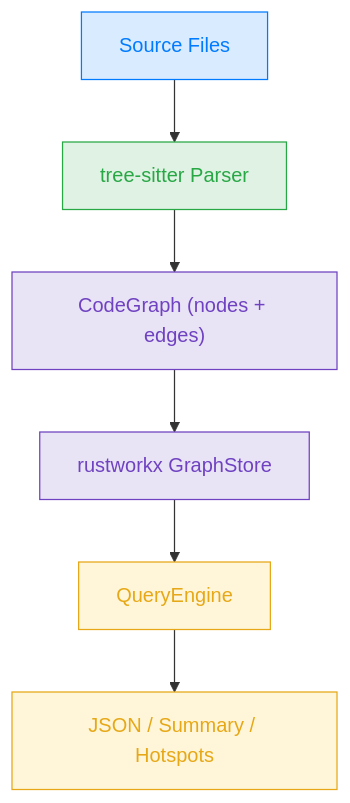
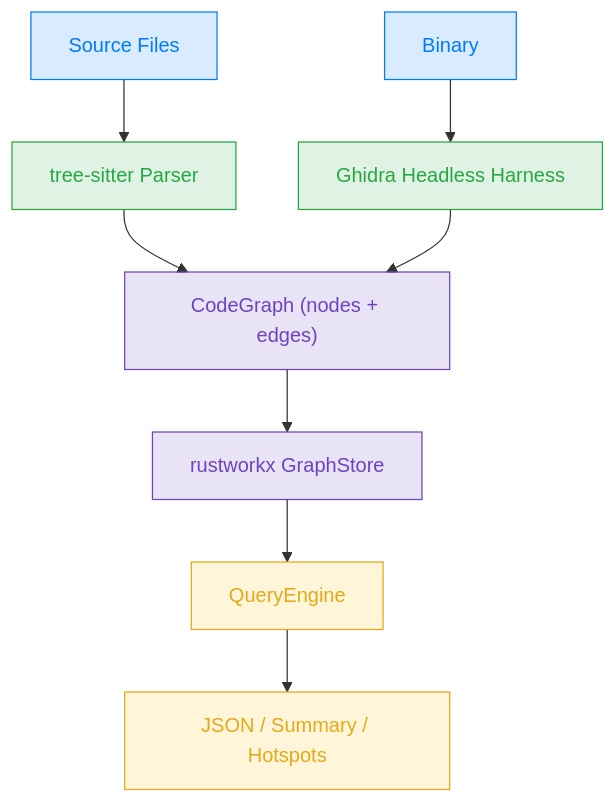
One commit to Finder16/Ghidra-trailmark changed the first of 4 diagrams in README.md. Above: the diagram before and after it, drawn with Mermaid. The commit also changed other lines of this file and 11 other files, not shown here.

Commit message:
Add Ghidra headless binary analysis support

````diff
--- a/README.md
+++ b/README.md
@@ -14,18 +14,20 @@
 ```mermaid
 flowchart TD
     A["Source Files"] --> B["tree-sitter Parser"]
+    G["Binary"] --> H["Ghidra Headless Harness"]
     B --> C["CodeGraph (nodes + edges)"]
+    H --> C
     C --> D["rustworkx GraphStore"]
     D --> E["QueryEngine"]
     E --> F["JSON / Summary / Hotspots"]
 
     classDef src fill:#007bff26,stroke:#007bff,color:#007bff
     classDef parse fill:#28a74526,stroke:#28a745,color:#28a745
     classDef data fill:#6f42c126,stroke:#6f42c1,color:#6f42c1
     classDef query fill:#ffc10726,stroke:#e6a817,color:#e6a817
 
-    class A src
-    class B parse
+    class A,G src
+    class B,H parse
     class C,D data
     class E,F query
 ```
````
